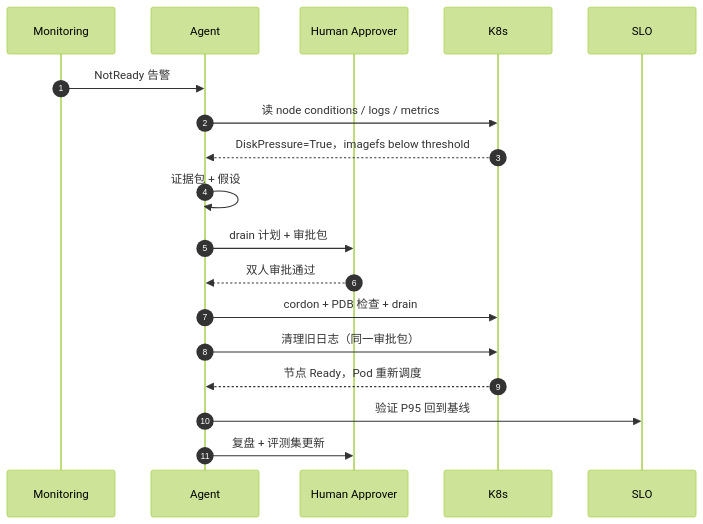
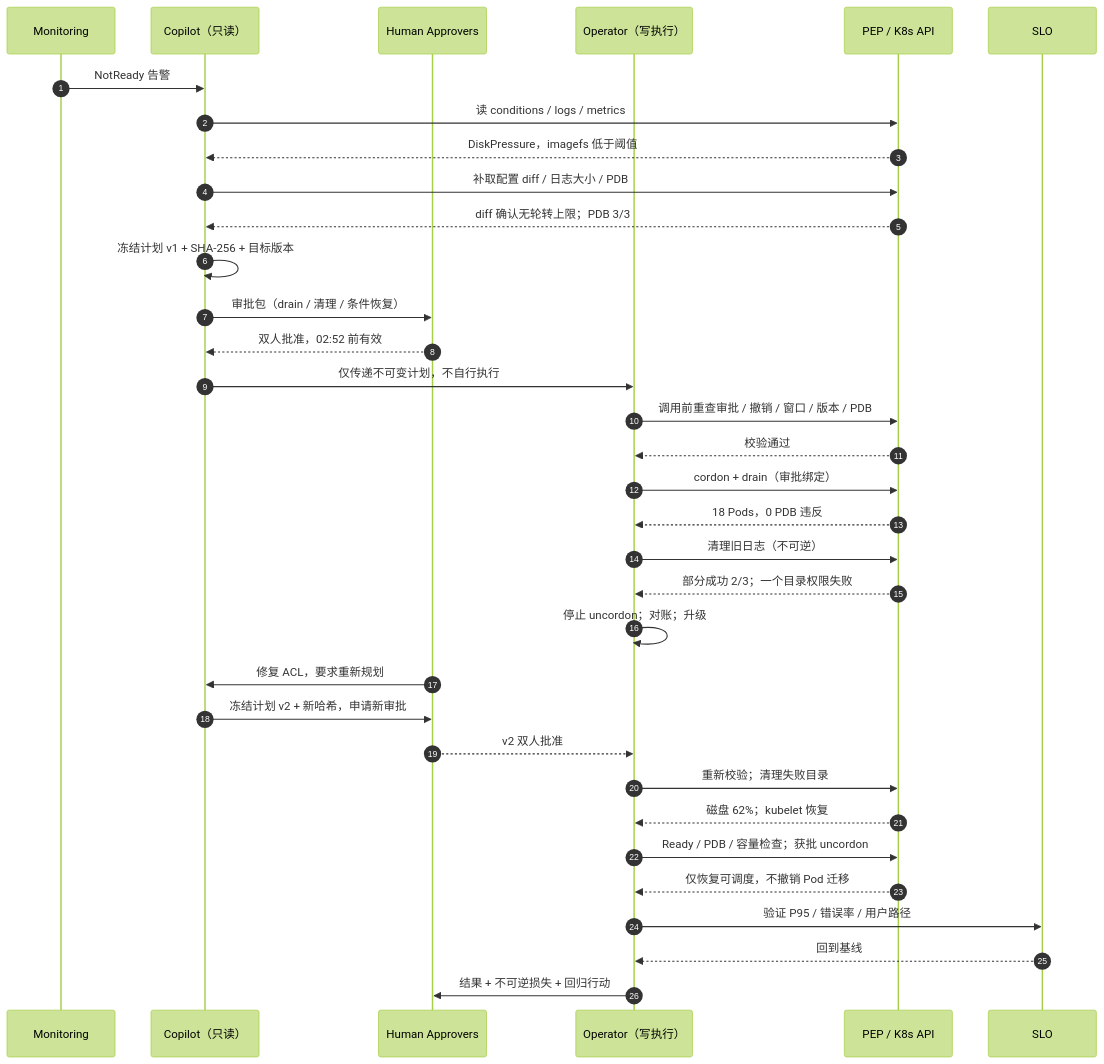
The diagram in docs/appendix/case-notready.md (ai-guru-global/the-ops-agent-book), drawn with Mermaid (forest theme) before and after one commit. The commit also changed other lines of this file and 144 other files, not shown here.

````diff
--- a/docs/appendix/case-notready.md
+++ b/docs/appendix/case-notready.md
@@ -41,20 +55,36 @@
 ```mermaid
 sequenceDiagram
   autonumber
   participant M as Monitoring
-  participant A as Agent
-  participant H as Human Approver
-  participant K as K8s
+  participant C as Copilot（只读）
+  participant H as Human Approvers
+  participant O as Operator（写执行）
+  participant P as PEP / K8s API
   participant S as SLO
-  M->>A: NotReady 告警
-  A->>K: 读 node conditions / logs / metrics
-  K-->>A: DiskPressure=True，imagefs below threshold
-  A->>A: 证据包 + 假设
-  A->>H: drain 计划 + 审批包
-  H-->>A: 双人审批通过
-  A->>K: cordon + PDB 检查 + drain
-  A->>K: 清理旧日志（同一审批包）
-  K-->>A: 节点 Ready，Pod 重新调度
-  A->>S: 验证 P95 回到基线
-  A->>H: 复盘 + 评测集更新
+  M->>C: NotReady 告警
+  C->>P: 读 conditions / logs / metrics
+  P-->>C: DiskPressure，imagefs 低于阈值
+  C->>P: 补取配置 diff / 日志大小 / PDB
+  P-->>C: diff 确认无轮转上限；PDB 3/3
+  C->>C: 冻结计划 v1 + SHA-256 + 目标版本
+  C->>H: 审批包（drain / 清理 / 条件恢复）
+  H-->>C: 双人批准，02:52 前有效
+  C->>O: 仅传递不可变计划，不自行执行
+  O->>P: 调用前重查审批 / 撤销 / 窗口 / 版本 / PDB
+  P-->>O: 校验通过
+  O->>P: cordon + drain（审批绑定）
+  P-->>O: 18 Pods，0 PDB 违反
+  O->>P: 清理旧日志（不可逆）
+  P-->>O: 部分成功 2/3；一个目录权限失败
+  O->>O: 停止 uncordon；对账；升级
+  H->>C: 修复 ACL，要求重新规划
+  C->>H: 冻结计划 v2 + 新哈希，申请新审批
+  H-->>O: v2 双人批准
+  O->>P: 重新校验；清理失败目录
+  P-->>O: 磁盘 62%；kubelet 恢复
+  O->>P: Ready / PDB / 容量检查；获批 uncordon
+  P-->>O: 仅恢复可调度，不撤销 Pod 迁移
+  O->>S: 验证 P95 / 错误率 / 用户路径
+  S-->>O: 回到基线
+  O->>H: 结果 + 不可逆损失 + 回归行动
 ```
````
